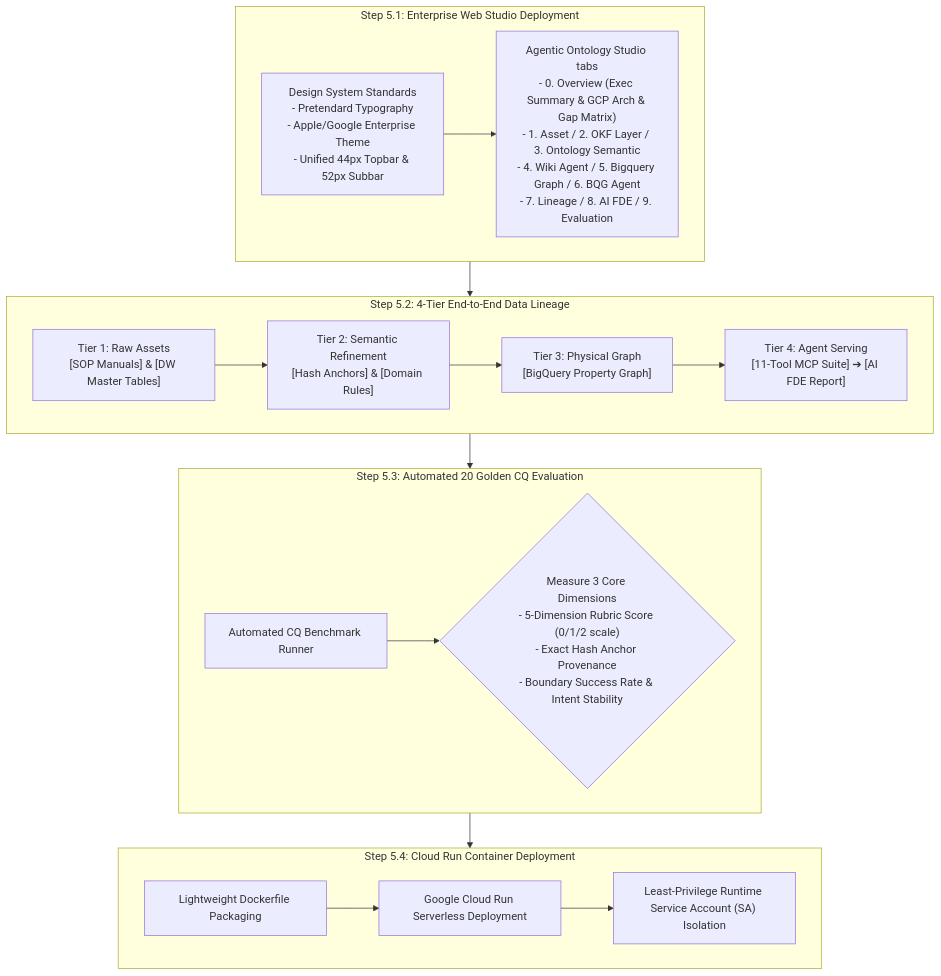
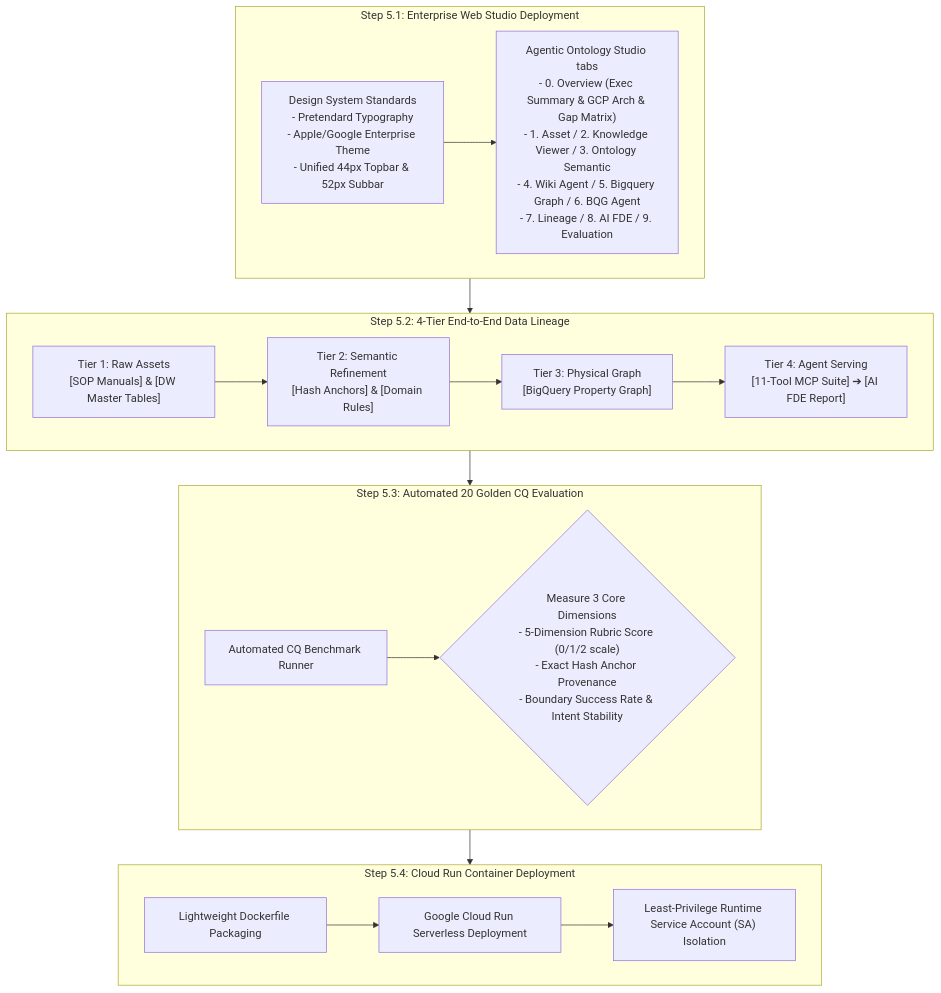
The diagram in methodology/05_enterprise_studio_and_deployment_en.md (seanjungG/agentic-ontology-starter), drawn with Mermaid before and after one commit. The commit also changed other lines of this file and 36 other files, not shown here.

Commit message:
feat(studio): apply Uplus Ontology Light Enterprise design parity and v2.0 6-Tab/8-MCP/Dual-Graph architecture

````diff
--- a/methodology/05_enterprise_studio_and_deployment_en.md
+++ b/methodology/05_enterprise_studio_and_deployment_en.md
@@ -14,31 +14,31 @@
 ```mermaid
 flowchart TD
     subgraph Step1 ["Step 5.1: Enterprise Web Studio Deployment"]
         DesignToken["Design System Standards<br/>- Pretendard Typography<br/>- Apple/Google Enterprise Theme<br/>- Unified 44px Topbar & 52px Subbar"]
-        Studios["Agentic Ontology Studio tabs<br/>- 0. Overview (Exec Summary & GCP Arch & Gap Matrix)<br/>- 1. Asset / 2. OKF Layer / 3. Ontology Semantic<br/>- 4. Wiki Agent / 5. Bigquery Graph / 6. BQG Agent<br/>- 7. Lineage / 8. AI FDE / 9. Evaluation"]
+        Studios["Agentic Ontology Studio tabs<br/>- 0. Overview (Exec Summary & GCP Arch & Gap Matrix)<br/>- 1. Asset / 2. Knowledge Viewer / 3. Ontology Semantic<br/>- 4. Wiki Agent / 5. Bigquery Graph / 6. BQG Agent<br/>- 7. Lineage / 8. AI FDE / 9. Evaluation"]
         DesignToken --> Studios
     end
 
     subgraph Step2 ["Step 5.2: 4-Tier End-to-End Data Lineage"]
         T1["Tier 1: Raw Assets<br/>[SOP Manuals] & [DW Master Tables]"]
         T2["Tier 2: Semantic Refinement<br/>[Hash Anchors] & [Domain Rules]"]
         T3["Tier 3: Physical Graph<br/>[BigQuery Property Graph]"]
         T4["Tier 4: Agent Serving<br/>[11-Tool MCP Suite] ➔ [AI FDE Report]"]
         T1 --> T2 --> T3 --> T4
     end
 
     subgraph Step3 ["Step 5.3: Automated 20 Golden CQ Evaluation"]
         EvalEngine["Automated CQ Benchmark Runner"]
         Metrics{"Measure 3 Core Dimensions<br/>- 5-Dimension Rubric Score (0/1/2 scale)<br/>- Exact Hash Anchor Provenance<br/>- Boundary Success Rate & Intent Stability"}
         EvalEngine --> Metrics
     end
 
     subgraph Step4 ["Step 5.4: Cloud Run Container Deployment"]
         Container["Lightweight Dockerfile Packaging"]
         CloudRun["Google Cloud Run Serverless Deployment"]
         IAM_Check["Least-Privilege Runtime Service Account (SA) Isolation"]
         Container --> CloudRun --> IAM_Check
     end
 
     Step1 --> Step2 --> Step3 --> Step4
 ```
````
